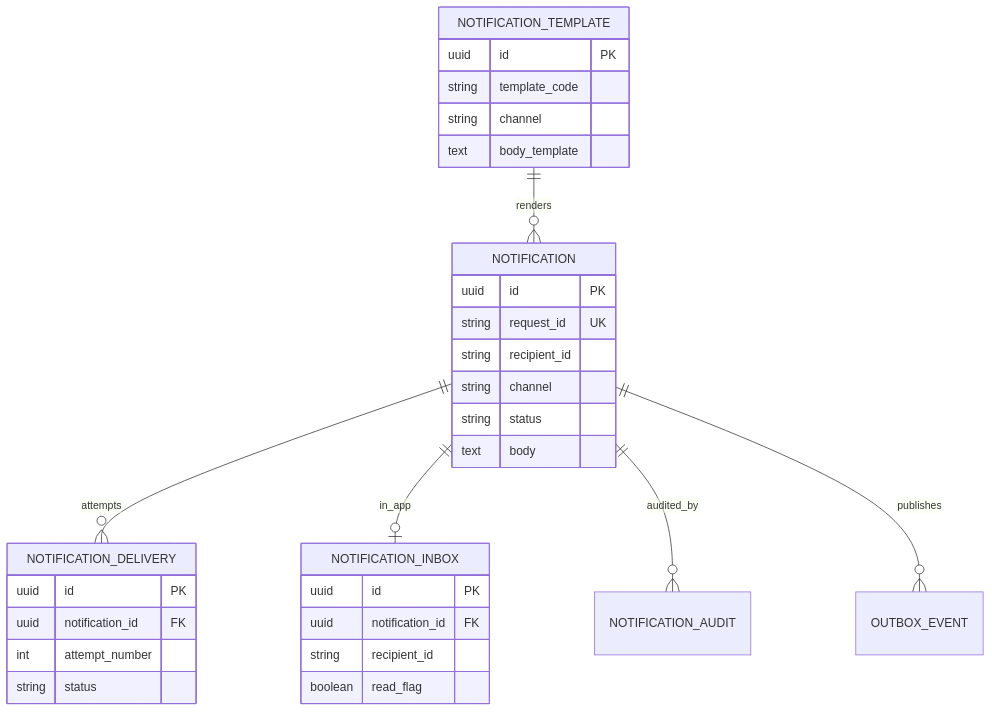
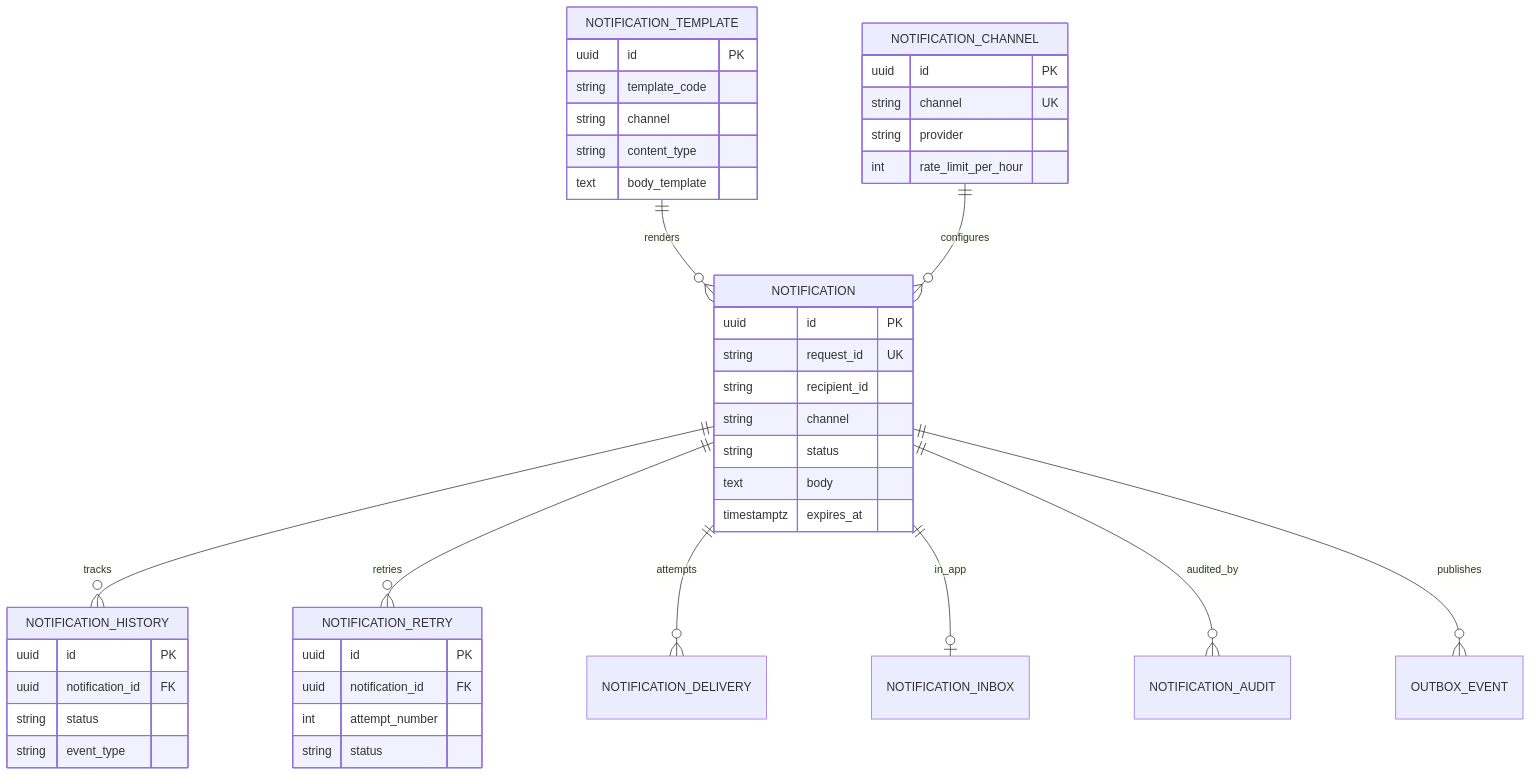
Before and after one commit to harypalkar/enterprise-marketplace: the first of 4 diagrams in docs/notification-service-architecture.md, drawn with Mermaid. The commit also changed other lines of this file and 163 other files, not shown here.

````diff
--- a/docs/notification-service-architecture.md
+++ b/docs/notification-service-architecture.md
@@ -5,38 +5,50 @@
 ```mermaid
 erDiagram
     NOTIFICATION_TEMPLATE ||--o{ NOTIFICATION : renders
+    NOTIFICATION ||--o{ NOTIFICATION_HISTORY : tracks
+    NOTIFICATION ||--o{ NOTIFICATION_RETRY : retries
     NOTIFICATION ||--o{ NOTIFICATION_DELIVERY : attempts
     NOTIFICATION ||--o| NOTIFICATION_INBOX : in_app
     NOTIFICATION ||--o{ NOTIFICATION_AUDIT : audited_by
     NOTIFICATION ||--o{ OUTBOX_EVENT : publishes
+    NOTIFICATION_CHANNEL ||--o{ NOTIFICATION : configures
 
     NOTIFICATION {
         uuid id PK
         string request_id UK
         string recipient_id
         string channel
         string status
         text body
+        timestamptz expires_at
     }
 
     NOTIFICATION_TEMPLATE {
         uuid id PK
         string template_code
         string channel
+        string content_type
         text body_template
     }
 
-    NOTIFICATION_DELIVERY {
+    NOTIFICATION_HISTORY {
+        uuid id PK
+        uuid notification_id FK
+        string status
+        string event_type
+    }
+
+    NOTIFICATION_CHANNEL {
+        uuid id PK
+        string channel UK
+        string provider
+        int rate_limit_per_hour
+    }
+
+    NOTIFICATION_RETRY {
         uuid id PK
         uuid notification_id FK
         int attempt_number
         string status
     }
-
-    NOTIFICATION_INBOX {
-        uuid id PK
-        uuid notification_id FK
-        string recipient_id
-        boolean read_flag
-    }
 ```
````
